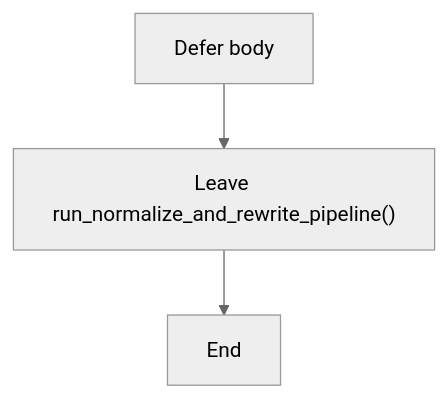
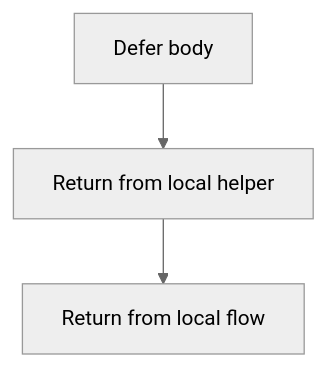
One commit to JohnAndrewBalbarosa/NeoTerritory changed the third of 8 diagrams in docs/Codebase/Microservice/Modules/Header/SyntacticBrokenAST/OutputGeneration/Contracts/algorithm_pipeline.hpp.md. Above: the diagram before and after it, drawn with Mermaid (neutral theme). The commit also changed other lines of this file and 925 other files, not shown here.

````diff
--- a/docs/Codebase/Microservice/Modules/Header/SyntacticBrokenAST/OutputGeneration/Contracts/algorithm_pipeline.hpp.md
+++ b/docs/Codebase/Microservice/Modules/Header/SyntacticBrokenAST/OutputGeneration/Contracts/algorithm_pipeline.hpp.md
@@ -82,8 +81,8 @@
 ```mermaid
 flowchart TD
     N0["Defer body"]
-    N1["Leave run_normalize_and_rewrite_pipeline()"]
-    N2["End"]
+    N1["Return from local helper"]
+    N2["Return from local flow"]
     N0 --> N1
     N1 --> N2
 ```
````
